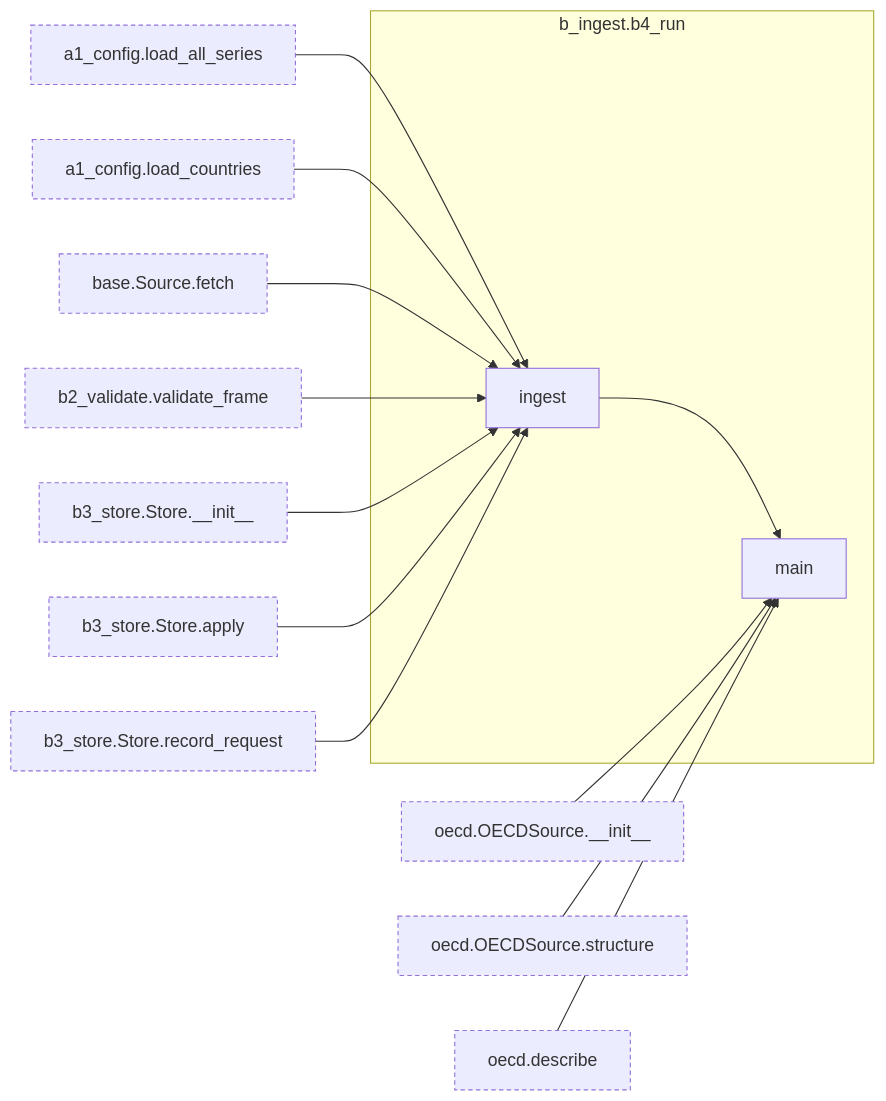
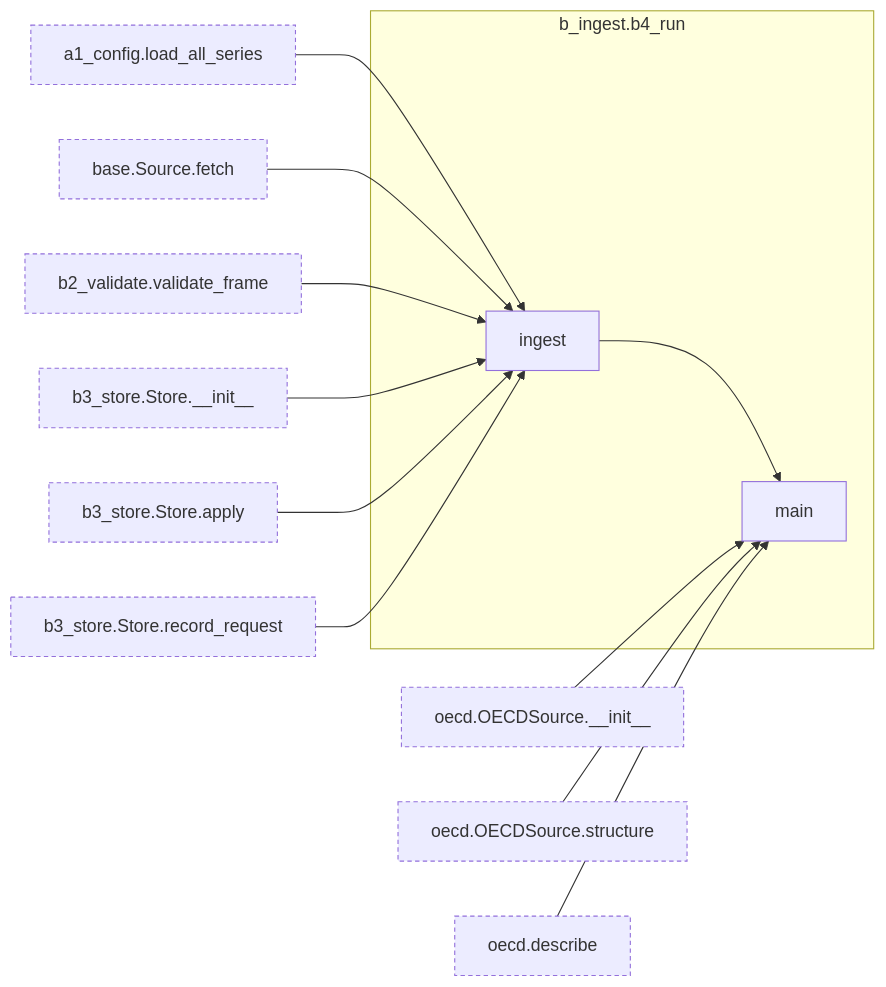
Before and after one commit to bsawyerg15/MacroScan: the tenth of 15 diagrams in docs/architecture.md, drawn with Mermaid. The commit also changed other lines of this file and 8 other files, not shown here.

````diff
--- a/docs/architecture.md
+++ b/docs/architecture.md
@@ -890,41 +869,38 @@
 ```mermaid
 flowchart LR
   subgraph this["b_ingest.b4_run"]
     n_b_ingest_b4_run_ingest["ingest"]
     n_b_ingest_b4_run_main["main"]
   end
   n_a_core_a1_config_load_all_series["a1_config.load_all_series"]:::ext
-  n_a_core_a1_config_load_countries["a1_config.load_countries"]:::ext
   n_b_ingest_b1_sources_base_Source_fetch["base.Source.fetch"]:::ext
   n_b_ingest_b1_sources_oecd_OECDSource___init__["oecd.OECDSource.__init__"]:::ext
   n_b_ingest_b1_sources_oecd_OECDSource_structure["oecd.OECDSource.structure"]:::ext
   n_b_ingest_b1_sources_oecd_describe["oecd.describe"]:::ext
   n_b_ingest_b2_validate_validate_frame["b2_validate.validate_frame"]:::ext
   n_b_ingest_b3_store_Store___init__["b3_store.Store.__init__"]:::ext
   n_b_ingest_b3_store_Store_apply["b3_store.Store.apply"]:::ext
   n_b_ingest_b3_store_Store_record_request["b3_store.Store.record_request"]:::ext
   n_a_core_a1_config_load_all_series --> n_b_ingest_b4_run_ingest
-  n_a_core_a1_config_load_countries --> n_b_ingest_b4_run_ingest
   n_b_ingest_b1_sources_base_Source_fetch --> n_b_ingest_b4_run_ingest
   n_b_ingest_b2_validate_validate_frame --> n_b_ingest_b4_run_ingest
   n_b_ingest_b3_store_Store___init__ --> n_b_ingest_b4_run_ingest
   n_b_ingest_b3_store_Store_apply --> n_b_ingest_b4_run_ingest
   n_b_ingest_b3_store_Store_record_request --> n_b_ingest_b4_run_ingest
   n_b_ingest_b1_sources_oecd_OECDSource___init__ --> n_b_ingest_b4_run_main
   n_b_ingest_b1_sources_oecd_OECDSource_structure --> n_b_ingest_b4_run_main
   n_b_ingest_b1_sources_oecd_describe --> n_b_ingest_b4_run_main
   n_b_ingest_b4_run_ingest --> n_b_ingest_b4_run_main
   click n_a_core_a1_config_load_all_series href "#fn-a_core-a1_config-load_all_series"
-  click n_a_core_a1_config_load_countries href "#fn-a_core-a1_config-load_countries"
   click n_b_ingest_b1_sources_base_Source_fetch href "#fn-b_ingest-b1_sources-base-Source.fetch"
   click n_b_ingest_b1_sources_oecd_OECDSource___init__ href "#fn-b_ingest-b1_sources-oecd-OECDSource.__init__"
   click n_b_ingest_b1_sources_oecd_OECDSource_structure href "#fn-b_ingest-b1_sources-oecd-OECDSource.structure"
   click n_b_ingest_b1_sources_oecd_describe href "#fn-b_ingest-b1_sources-oecd-describe"
   click n_b_ingest_b2_validate_validate_frame href "#fn-b_ingest-b2_validate-validate_frame"
   click n_b_ingest_b3_store_Store___init__ href "#fn-b_ingest-b3_store-Store.__init__"
   click n_b_ingest_b3_store_Store_apply href "#fn-b_ingest-b3_store-Store.apply"
   click n_b_ingest_b3_store_Store_record_request href "#fn-b_ingest-b3_store-Store.record_request"
   click n_b_ingest_b4_run_ingest href "#fn-b_ingest-b4_run-ingest"
   click n_b_ingest_b4_run_main href "#fn-b_ingest-b4_run-main"
   classDef ext stroke-dasharray: 4 3
 ```
````
